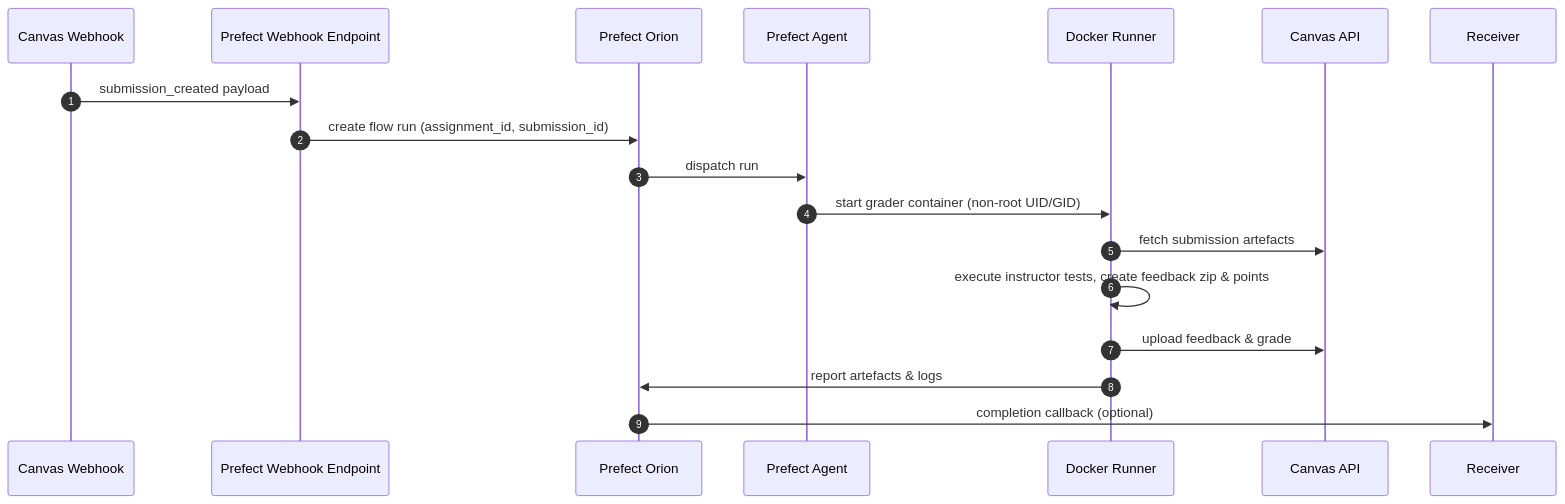
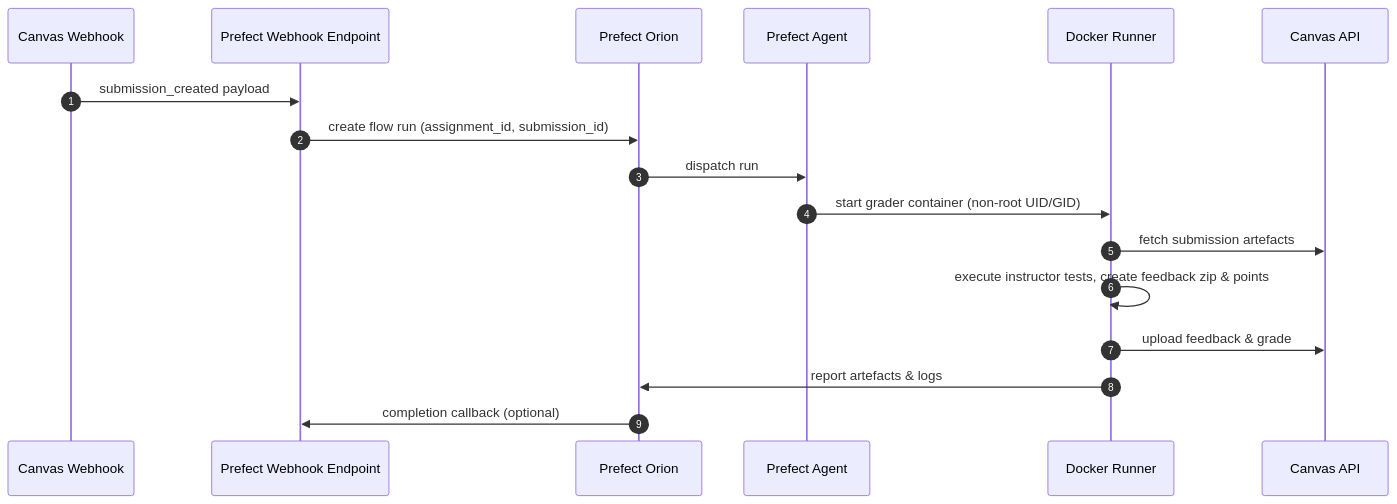
Before and after one commit to jakob1379/Canvas-Code-Correction: the first of 2 diagrams in docs/architecture.md, drawn with Mermaid. The commit also changed 10 other files, not shown here.

````diff
--- a/docs/architecture.md
+++ b/docs/architecture.md
@@ -26,20 +26,20 @@
 ```mermaid
 sequenceDiagram
     autonumber
     participant Webhook as Canvas Webhook
     participant WebhookEndpoint as Prefect Webhook Endpoint
     participant Prefect as Prefect Orion
     participant Agent as Prefect Agent
     participant Runner as Docker Runner
     participant Canvas as Canvas API
 
     Webhook->>WebhookEndpoint: submission_created payload
     WebhookEndpoint->>Prefect: create flow run (assignment_id, submission_id)
     Prefect->>Agent: dispatch run
     Agent->>Runner: start grader container (non-root UID/GID)
     Runner->>Canvas: fetch submission artefacts
     Runner->>Runner: execute instructor tests, create feedback zip & points
     Runner->>Canvas: upload feedback & grade
     Runner->>Prefect: report artefacts & logs
-    Prefect->>Receiver: completion callback (optional)
+    Prefect->>WebhookEndpoint: completion callback (optional)
 ```
````
